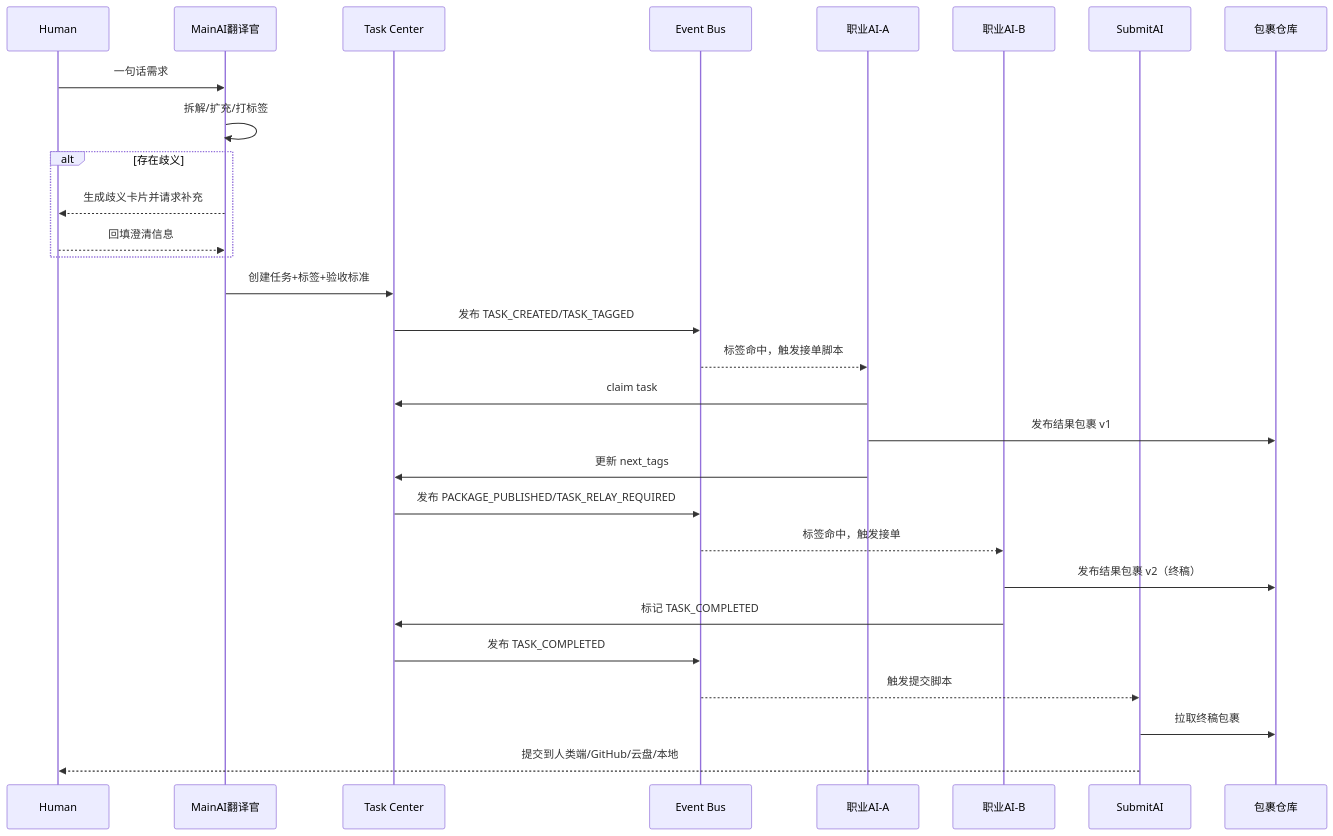
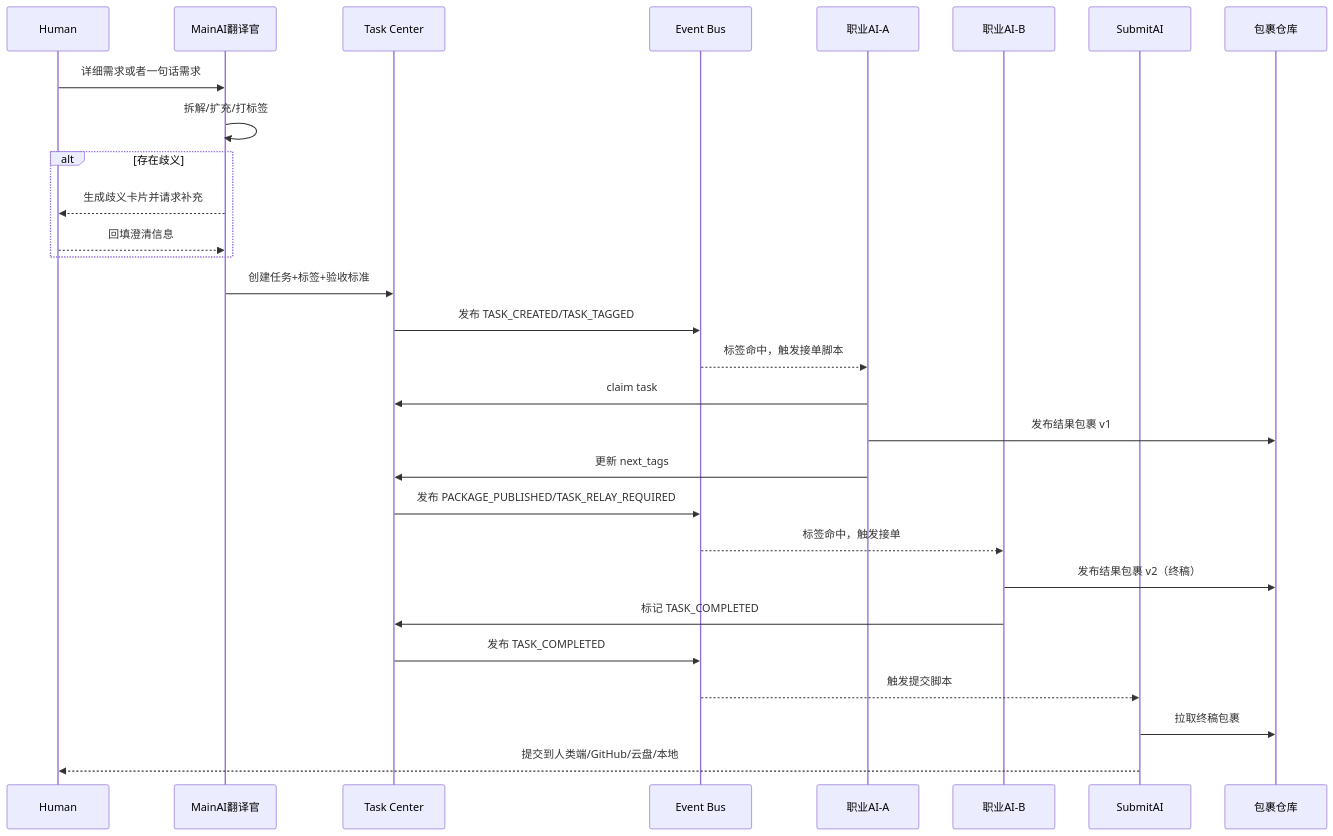
One commit to SYCsasha/RelayHive changed the diagram in PROJECT_PLAN.md. Above: the diagram before and after it, drawn with Mermaid. The commit also changed other lines of this file, not shown here.

First line of the commit message:
Revise PROJECT_PLAN.md for architecture updates

````diff
--- a/PROJECT_PLAN.md
+++ b/PROJECT_PLAN.md
@@ -152,32 +149,32 @@
 ```mermaid
 sequenceDiagram
     participant H as Human
     participant T as MainAI翻译官
     participant C as Task Center
     participant E as Event Bus
     participant A as 职业AI-A
     participant B as 职业AI-B
     participant S as SubmitAI
     participant R as 包裹仓库
 
-    H->>T: 一句话需求
+    H->>T: 详细需求或者一句话需求
     T->>T: 拆解/扩充/打标签
     alt 存在歧义
         T-->>H: 生成歧义卡片并请求补充
         H-->>T: 回填澄清信息
     end
     T->>C: 创建任务+标签+验收标准
     C->>E: 发布 TASK_CREATED/TASK_TAGGED
     E-->>A: 标签命中，触发接单脚本
     A->>C: claim task
     A->>R: 发布结果包裹 v1
     A->>C: 更新 next_tags
     C->>E: 发布 PACKAGE_PUBLISHED/TASK_RELAY_REQUIRED
     E-->>B: 标签命中，触发接单
     B->>R: 发布结果包裹 v2（终稿）
     B->>C: 标记 TASK_COMPLETED
     C->>E: 发布 TASK_COMPLETED
     E-->>S: 触发提交脚本
     S->>R: 拉取终稿包裹
     S-->>H: 提交到人类端/GitHub/云盘/本地
 ```
````
